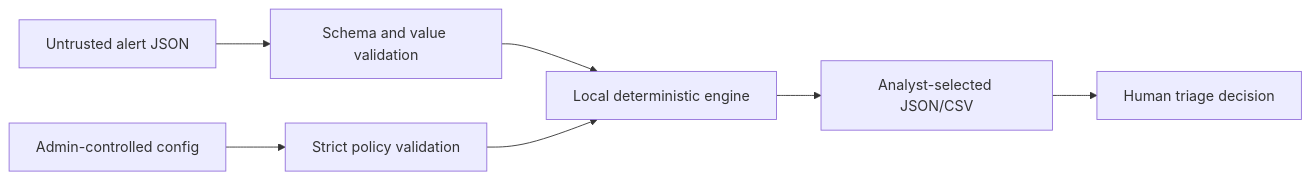
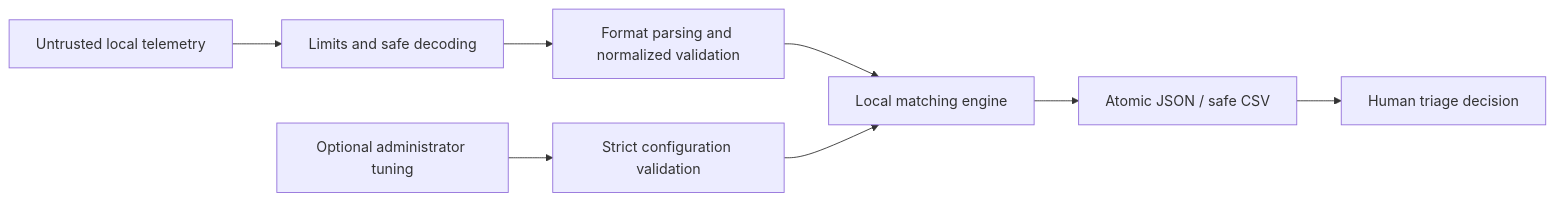
One commit to saltyma/soc-alert-deduplicator changed the diagram in docs/threat_model.md. Above: the diagram before and after it, drawn with Mermaid. The commit also changed other lines of this file and 35 other files, not shown here.

````diff
--- a/docs/threat_model.md
+++ b/docs/threat_model.md
@@ -9,9 +9,10 @@
 ```mermaid
 flowchart LR
-    Untrusted["Untrusted alert JSON"] --> Validator["Schema and value validation"]
-    Policy["Admin-controlled config"] --> ConfigValidator["Strict policy validation"]
-    Validator --> Engine["Local deterministic engine"]
-    ConfigValidator --> Engine
-    Engine --> Output["Analyst-selected JSON/CSV"]
-    Output --> Human["Human triage decision"]
+    Files["Untrusted local telemetry"] --> Decode["Limits and safe decoding"]
+    Decode --> Normalize["Format parsing and normalized validation"]
+    Tuning["Optional administrator tuning"] --> Config["Strict configuration validation"]
+    Normalize --> Engine["Local matching engine"]
+    Config --> Engine
+    Engine --> Output["Atomic JSON / safe CSV"]
+    Output --> Analyst["Human triage decision"]
 ```
````
